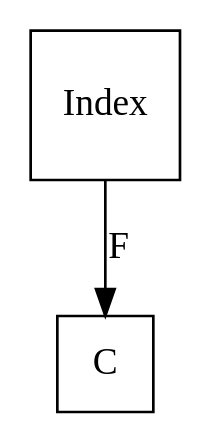
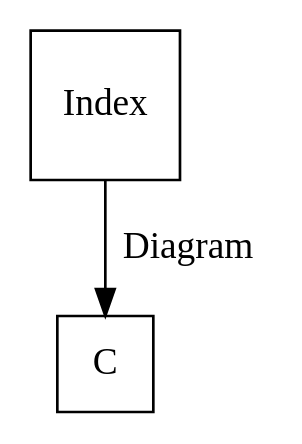
The first of 4 diagrams in cone.md (frankymacster/category-theory-graphviz), drawn with Graphviz before and after one commit. The commit also changed other lines of this file, not shown here.

````diff
--- a/cone.md
+++ b/cone.md
@@ -11,8 +11,8 @@
 ```graphviz
 digraph G {
   "Index" [shape="square"]
   "C" [shape="square"]
 
-  "Index" -> "C" [label="F"]
+  "Index" -> "C" [label="Diagram"]
 }
 ```
````
